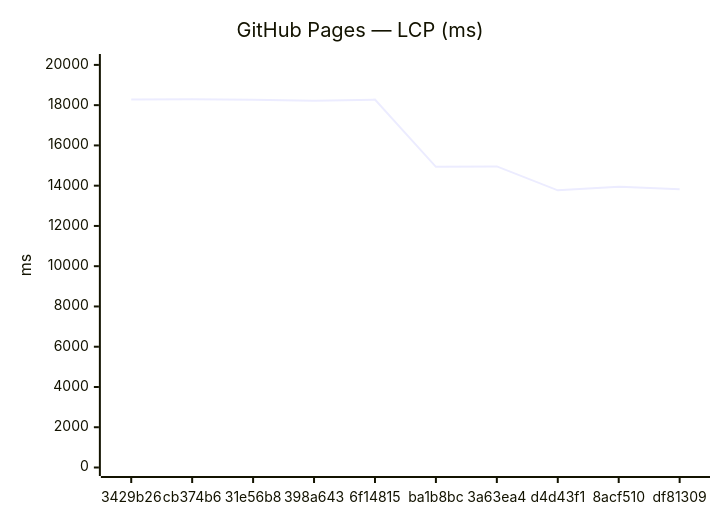
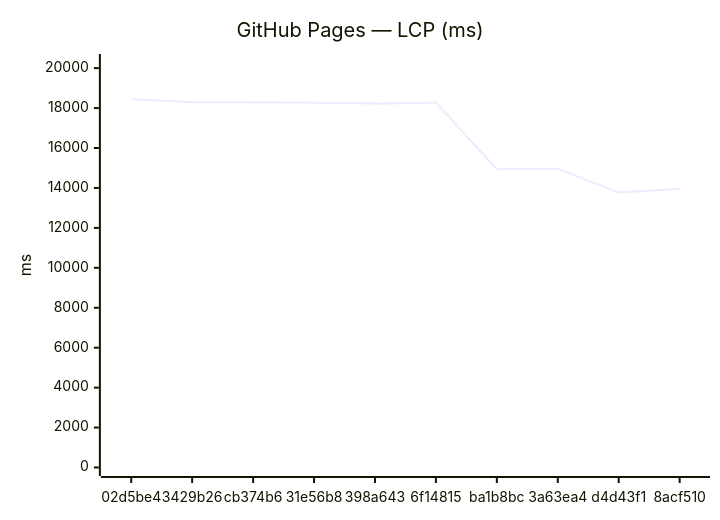
Before and after one commit to Metaheurist/Rianell: the third of 18 diagrams in benchmarks/compare.md, drawn with Mermaid. The commit also changed other lines of this file and 11 other files, not shown here.

````diff
--- a/benchmarks/compare.md
+++ b/benchmarks/compare.md
@@ -54,7 +54,7 @@
 ```mermaid
 xychart-beta
     title "GitHub Pages — LCP (ms)"
-    x-axis ["3429b26", "cb374b6", "31e56b8", "398a643", "6f14815", "ba1b8bc", "3a63ea4", "d4d43f1", "8acf510", "df81309"]
-    y-axis "ms" 0 --> 20119
-    line [18287, 18290, 18265, 18222, 18275, 14936, 14957, 13769, 13952, 13820]
+    x-axis ["02d5be4", "3429b26", "cb374b6", "31e56b8", "398a643", "6f14815", "ba1b8bc", "3a63ea4", "d4d43f1", "8acf510"]
+    y-axis "ms" 0 --> 20282
+    line [18438, 18287, 18290, 18265, 18222, 18275, 14936, 14957, 13769, 13952]
 ```
````
